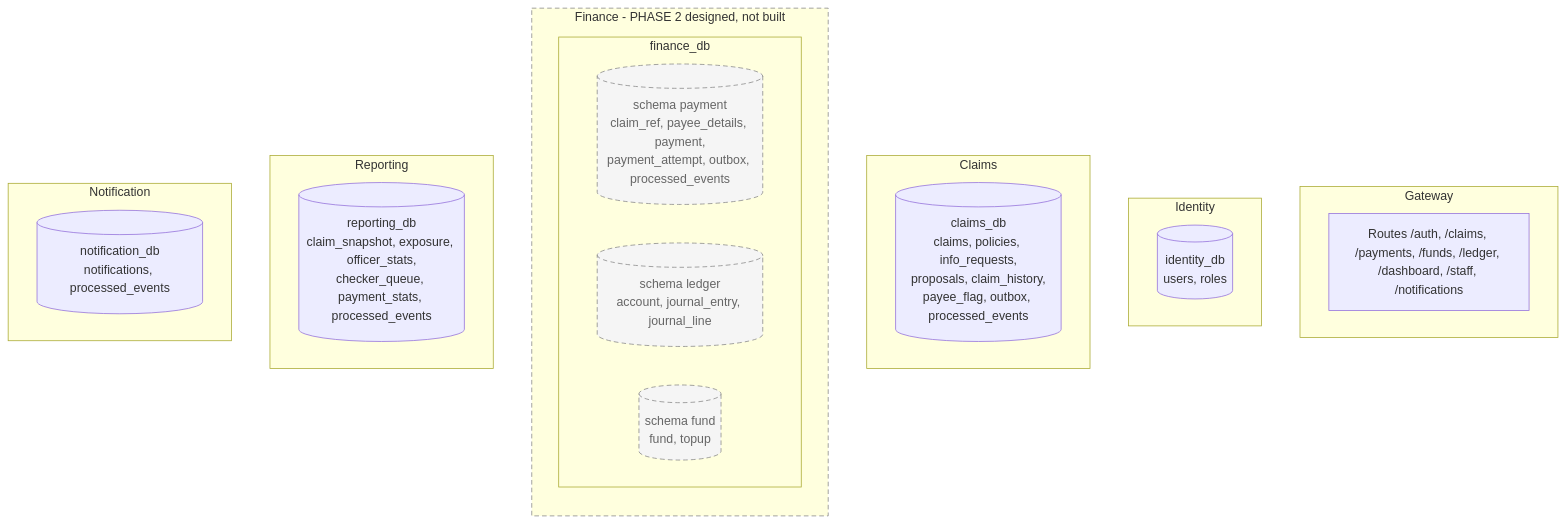
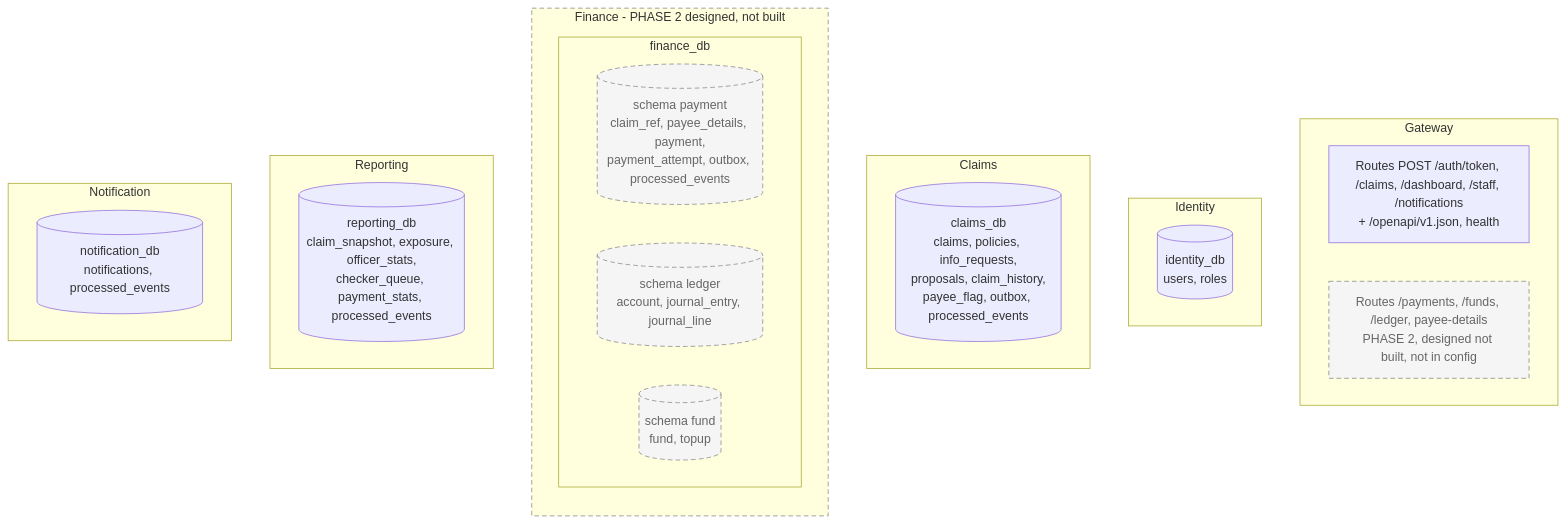
One commit to ZaimOmar/ChubbBackEnd changed the second of 10 diagrams in docs/architecture/ARCHITECTURE.md. Above: the diagram before and after it, drawn with Mermaid. The commit also changed other lines of this file and 6 other files, not shown here.

First line of the commit message:
docs: add BR-78, amend ADR-003/008, update architecture and security requirements

````diff
--- a/docs/architecture/ARCHITECTURE.md
+++ b/docs/architecture/ARCHITECTURE.md
@@ -64,29 +64,30 @@
 ```mermaid
 flowchart TB
     subgraph Gateway
-        g1[Routes /auth, /claims, /payments, /funds, /ledger, /dashboard, /staff, /notifications]
+        g1[Routes POST /auth/token, /claims, /dashboard, /staff, /notifications<br/>+ /openapi/v1.json, health]
+        g2[Routes /payments, /funds, /ledger, payee-details<br/>PHASE 2, designed not built, not in config]
     end
     subgraph Identity
         i1[(identity_db<br/>users, roles)]
     end
     subgraph Claims
         c1[(claims_db<br/>claims, policies, info_requests,<br/>proposals, claim_history,<br/>payee_flag, outbox, processed_events)]
     end
     subgraph Finance[Finance - PHASE 2 designed, not built]
         direction TB
         subgraph FinanceDB[finance_db]
             f1[(schema payment<br/>claim_ref, payee_details, payment,<br/>payment_attempt, outbox, processed_events)]
             f2[(schema ledger<br/>account, journal_entry, journal_line)]
             f3[(schema fund<br/>fund, topup)]
         end
     end
     subgraph Reporting
         r1[(reporting_db<br/>claim_snapshot, exposure, officer_stats,<br/>checker_queue, payment_stats, processed_events)]
     end
     subgraph Notification
         n1[(notification_db<br/>notifications, processed_events)]
     end
     classDef p2 stroke-dasharray: 6 4,stroke:#888,color:#666,fill:#f5f5f5
-    class f1,f2,f3 p2
+    class f1,f2,f3,g2 p2
     style Finance stroke-dasharray: 6 4,stroke:#888
 ```
````
